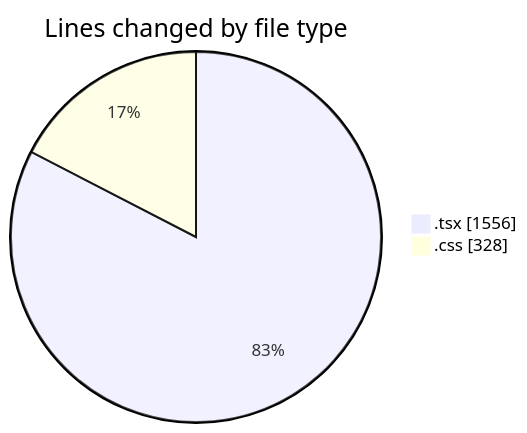
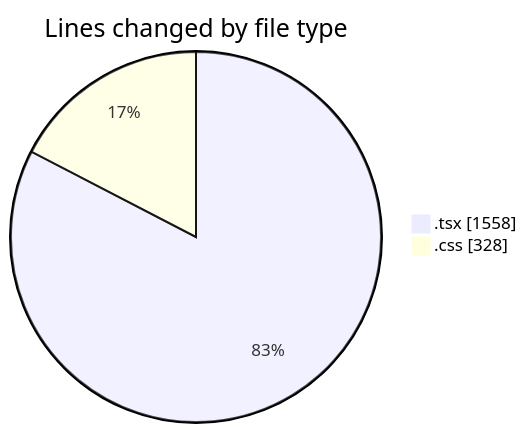
One commit to julien-gomy/code-tracking changed the first of 2 diagrams in 2025-10-10/eventscop-frontend-guide__workspace_/README.md. Above: the diagram before and after it, drawn with Mermaid. The commit also changed other lines of this file and 1 other file, not shown here.

````diff
--- a/2025-10-10/eventscop-frontend-guide__workspace_/README.md
+++ b/2025-10-10/eventscop-frontend-guide__workspace_/README.md
@@ -25,6 +25,6 @@
 ```mermaid
 pie showData
 title Lines changed by file type
-".tsx" : 1556
+".tsx" : 1558
 ".css" : 328
 ```
````
